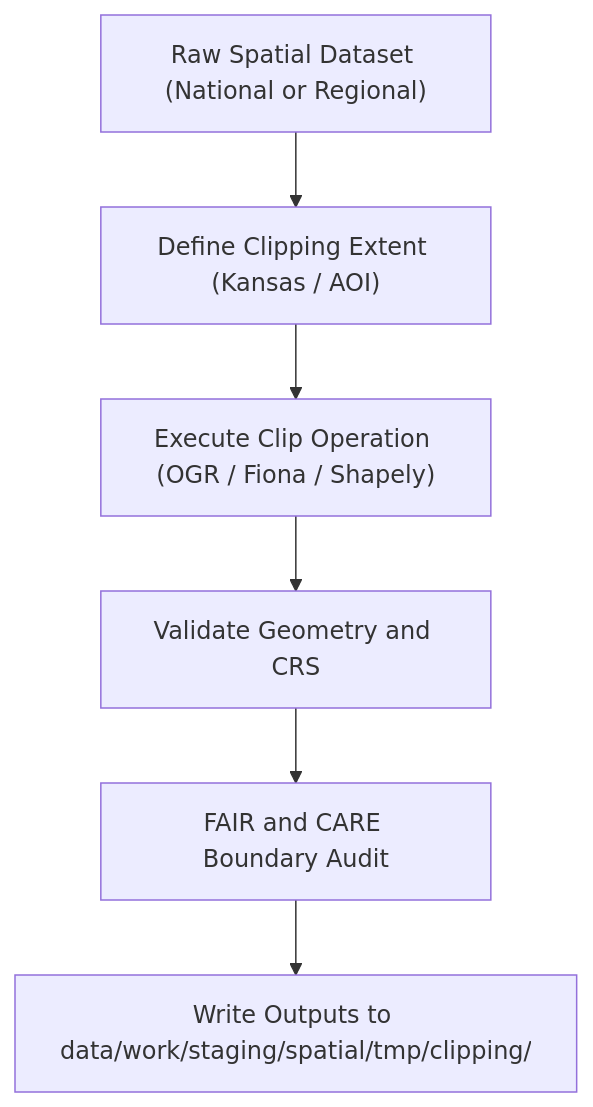
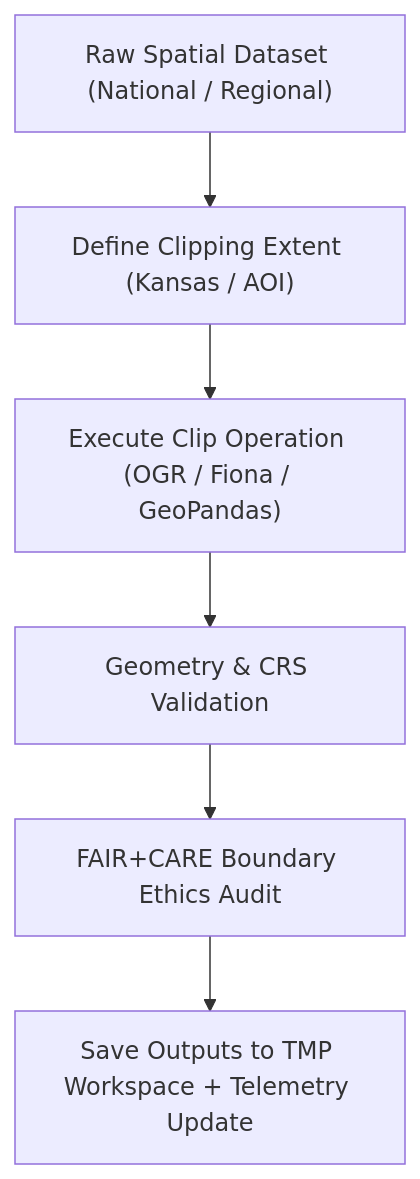
The diagram in data/work/staging/spatial/tmp/clipping/README.md (bartytime4life/Kansas-Frontier-Matrix), drawn with Mermaid before and after one commit. The commit also changed other lines of this file, not shown here.

````diff
--- a/data/work/staging/spatial/tmp/clipping/README.md
+++ b/data/work/staging/spatial/tmp/clipping/README.md
@@ -62,8 +69,8 @@
 ```mermaid
 flowchart TD
-    A["Raw Spatial Dataset (National or Regional)"] --> B["Define Clipping Extent (Kansas / AOI)"]
-    B --> C["Execute Clip Operation (OGR / Fiona / Shapely)"]
-    C --> D["Validate Geometry and CRS"]
-    D --> E["FAIR and CARE Boundary Audit"]
-    E --> F["Write Outputs to data/work/staging/spatial/tmp/clipping/"]
+    A["Raw Spatial Dataset (National / Regional)"] --> B["Define Clipping Extent (Kansas / AOI)"]
+    B --> C["Execute Clip Operation (OGR / Fiona / GeoPandas)"]
+    C --> D["Geometry & CRS Validation"]
+    D --> E["FAIR+CARE Boundary Ethics Audit"]
+    E --> F["Save Outputs to TMP Workspace + Telemetry Update"]
 ```
````
